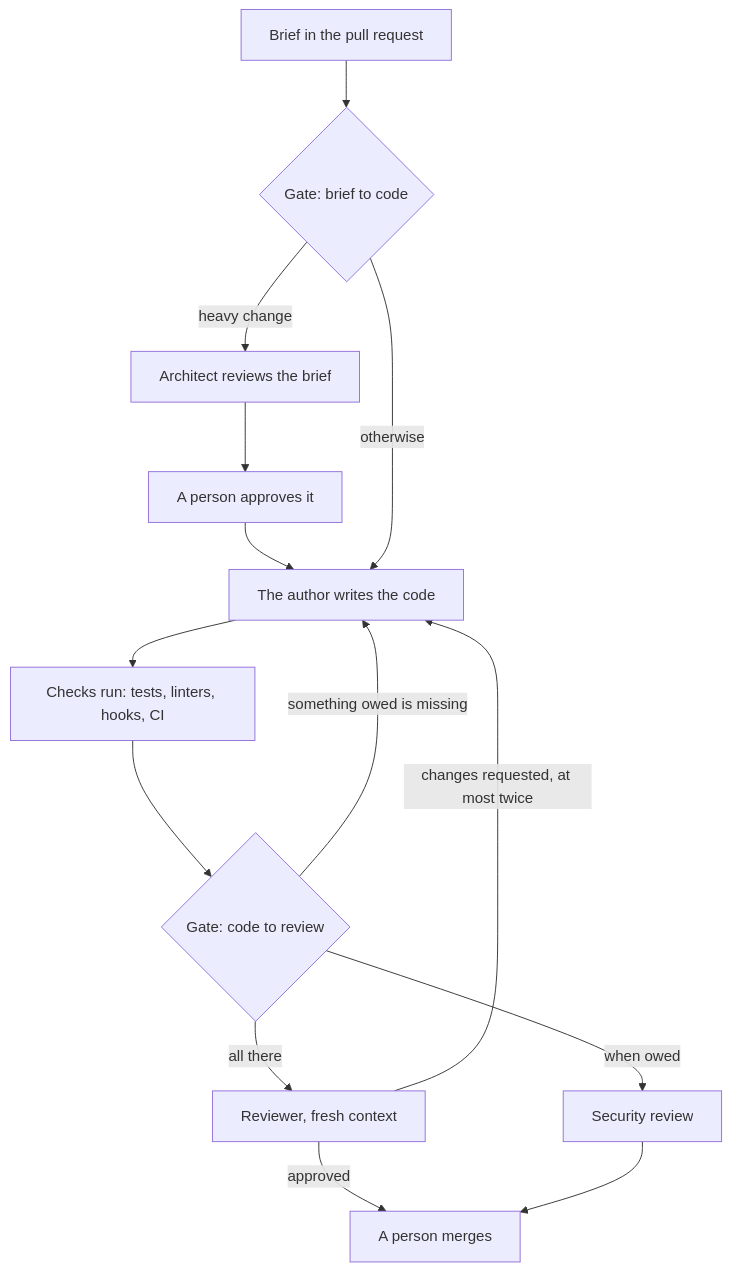
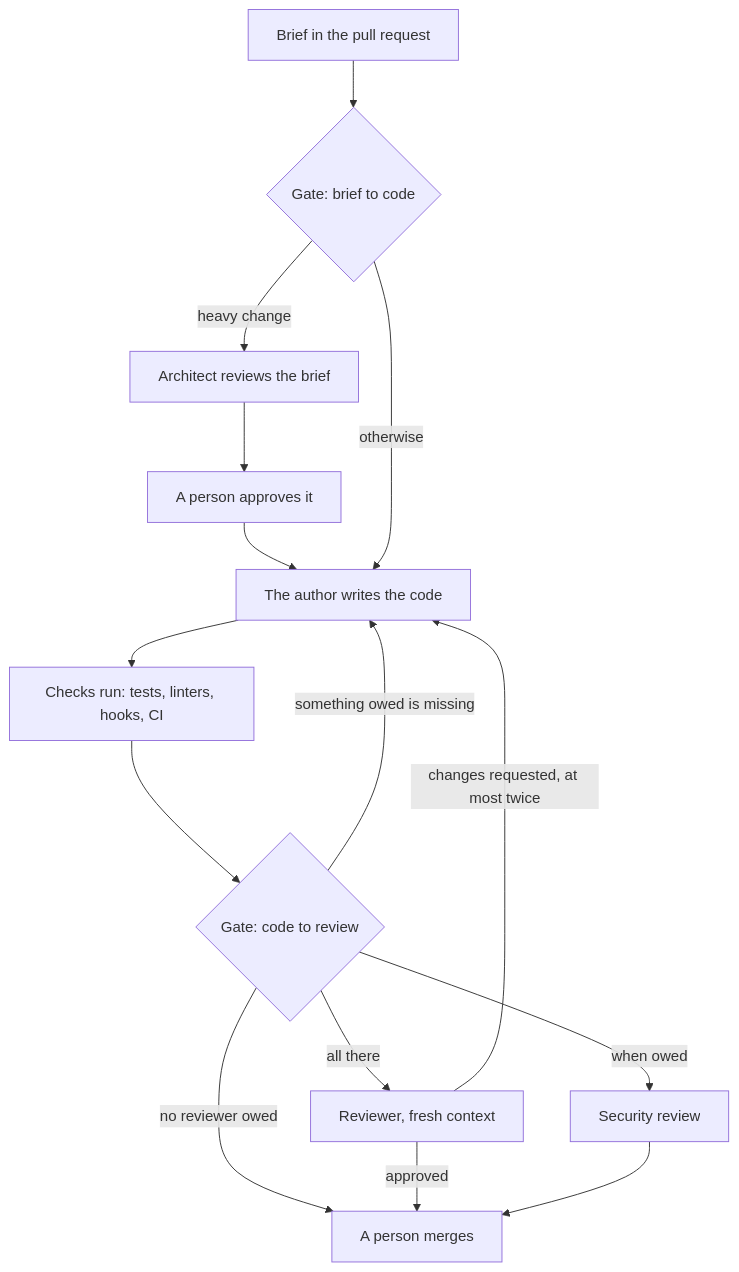
One commit to dsilahcilar/sdlc-agents changed the diagram in v2/README.md. Above: the diagram before and after it, drawn with Mermaid. The commit also changed other lines of this file and 12 other files, not shown here.

````diff
--- a/v2/README.md
+++ b/v2/README.md
@@ -15,14 +15,15 @@
 ```mermaid
 flowchart TD
     A[Brief in the pull request] --> G1{Gate: brief to code}
     G1 -- heavy change --> AR[Architect reviews the brief] --> H1[A person approves it] --> C
     G1 -- otherwise --> C[The author writes the code]
     C --> K[Checks run: tests, linters, hooks, CI]
     K --> G2{Gate: code to review}
     G2 -- something owed is missing --> C
     G2 -- all there --> R[Reviewer, fresh context]
     G2 -- when owed --> S[Security review]
+    G2 -- no reviewer owed --> M
     R -- changes requested, at most twice --> C
     R -- approved --> M[A person merges]
     S --> M
 ```
````
